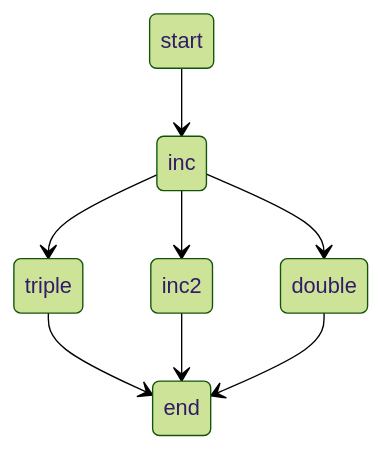
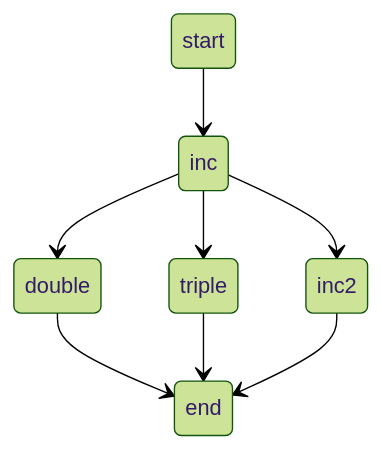
Before and after one commit to nquangtrung/agentgo: the diagram in graph/graph_visualize_test_2ItrsInSameSuperStep.md, drawn with Mermaid (forest theme). The commit also changed other lines of this file and 10 other files, not shown here.

````diff
--- a/graph/graph_visualize_test_2ItrsInSameSuperStep.md
+++ b/graph/graph_visualize_test_2ItrsInSameSuperStep.md
@@ -1,17 +1,17 @@
 ```mermaid
 stateDiagram-v2
+    state "double" as double
     state "triple" as triple
     state "start" as start
     state "end" as end
     state "inc" as inc
     state "inc2" as inc2
-    state "double" as double
-    triple --> end : 
-    inc2 --> end : 
     start --> inc : 
     inc --> inc2 : 
     inc --> double : 
     inc --> triple : 
     double --> end : 
+    triple --> end : 
+    inc2 --> end : 
 
 ```
````
